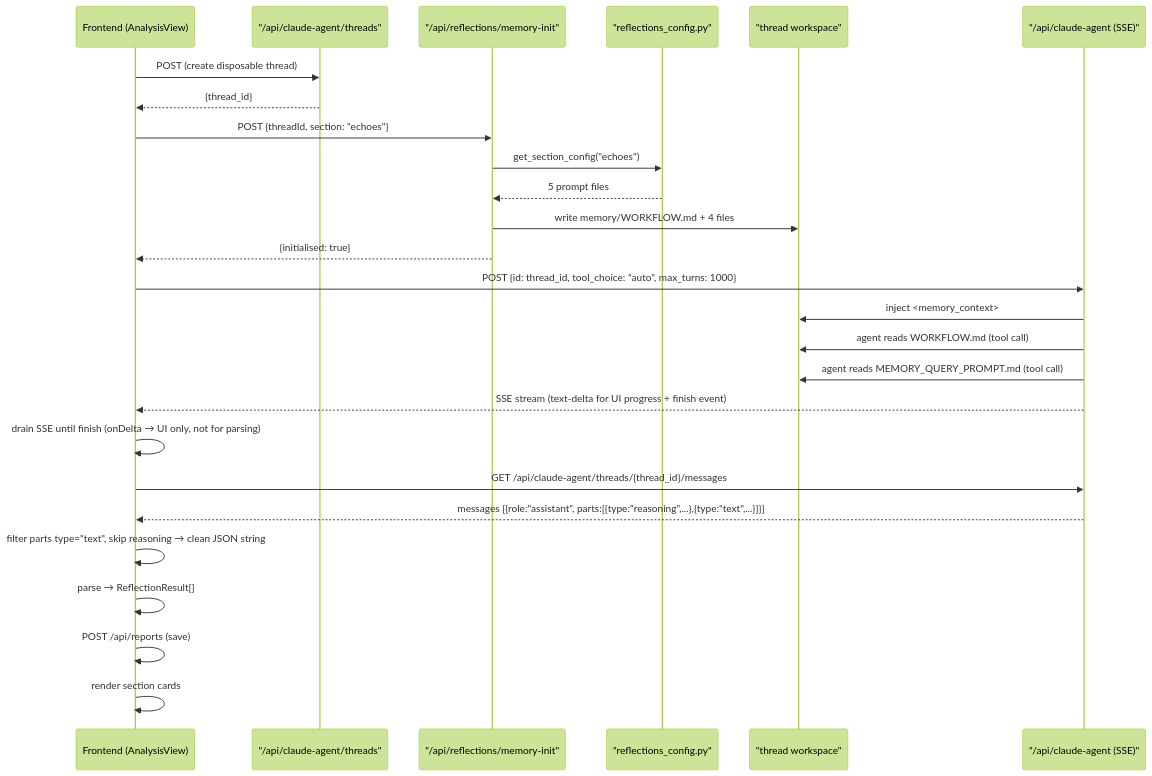
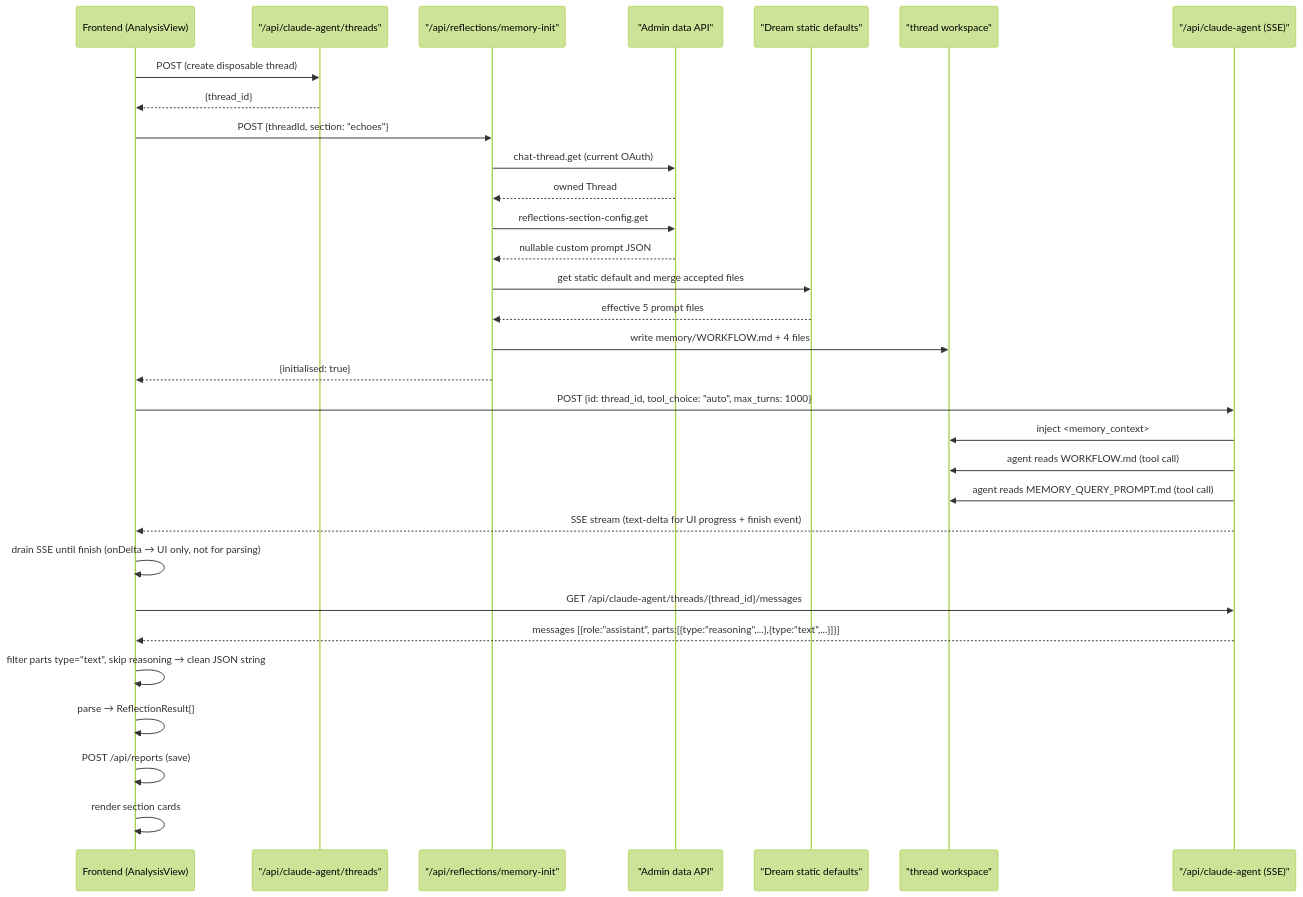
The diagram in docs/design/memory/memory-workspace-design.md (glide-the/im-dream), drawn with Mermaid (forest theme) before and after one commit. The commit also changed other lines of this file and 19 other files, not shown here.

Commit message:
Route Reflections config through Admin

````diff
--- a/docs/design/memory/memory-workspace-design.md
+++ b/docs/design/memory/memory-workspace-design.md
@@ -178,29 +182,34 @@
 ```mermaid
 sequenceDiagram
     participant FE as Frontend (AnalysisView)
     participant ThreadAPI as "/api/claude-agent/threads"
     participant MemInitAPI as "/api/reflections/memory-init"
-    participant ReflCfg as "reflections_config.py"
+    participant Admin as "Admin data API"
+    participant ReflCfg as "Dream static defaults"
     participant Workspace as "thread workspace"
     participant AgentAPI as "/api/claude-agent (SSE)"
 
     FE->>ThreadAPI: POST (create disposable thread)
     ThreadAPI-->>FE: {thread_id}
     FE->>MemInitAPI: POST {threadId, section: "echoes"}
-    MemInitAPI->>ReflCfg: get_section_config("echoes")
-    ReflCfg-->>MemInitAPI: 5 prompt files
+    MemInitAPI->>Admin: chat-thread.get (current OAuth)
+    Admin-->>MemInitAPI: owned Thread
+    MemInitAPI->>Admin: reflections-section-config.get
+    Admin-->>MemInitAPI: nullable custom prompt JSON
+    MemInitAPI->>ReflCfg: get static default and merge accepted files
+    ReflCfg-->>MemInitAPI: effective 5 prompt files
     MemInitAPI->>Workspace: write memory/WORKFLOW.md + 4 files
     MemInitAPI-->>FE: {initialised: true}
     FE->>AgentAPI: POST {id: thread_id, tool_choice: "auto", max_turns: 1000}
     AgentAPI->>Workspace: inject <memory_context>
     AgentAPI->>Workspace: agent reads WORKFLOW.md (tool call)
     AgentAPI->>Workspace: agent reads MEMORY_QUERY_PROMPT.md (tool call)
     AgentAPI-->>FE: SSE stream (text-delta for UI progress + finish event)
     FE->>FE: drain SSE until finish (onDelta → UI only, not for parsing)
     FE->>AgentAPI: GET /api/claude-agent/threads/{thread_id}/messages
     AgentAPI-->>FE: messages [{role:"assistant", parts:[{type:"reasoning",...},{type:"text",...}]}]
     FE->>FE: filter parts type="text", skip reasoning → clean JSON string
     FE->>FE: parse → ReflectionResult[]
     FE->>FE: POST /api/reports (save)
     FE->>FE: render section cards
 ```
````
